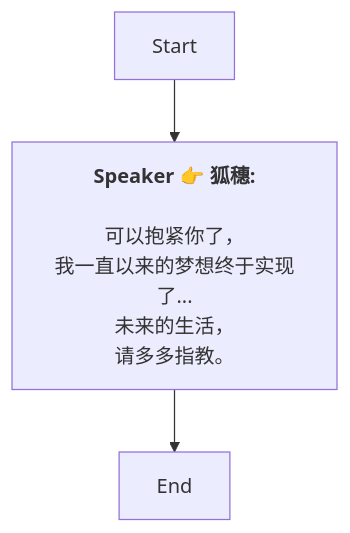
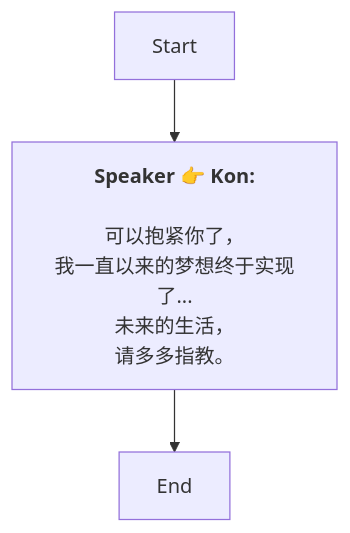
The diagram in Zh/DemoEnd.md (SoftHu/tos_avg), drawn with Mermaid before and after one commit. The commit also changed 737 other files, not shown here.

````diff
--- a/Zh/DemoEnd.md
+++ b/Zh/DemoEnd.md
@@ -1,11 +1,9 @@
 ```mermaid
 graph
-Start -->1739615973401801[<b>Speaker 👉 狐穗:</b>
-
-可以抱紧你了，
-我一直以来的梦想终于实现了...
-未来的生活，
+Start -->1739615973401801[<b>Speaker 👉 Kon:</b>
+\n可以抱紧你了，
+我一直以来的梦想终于实现了...\n未来的生活，
 请多多指教。]
 1739615973401801 -->1739615962269896[End]
 
- ```
+```
````
